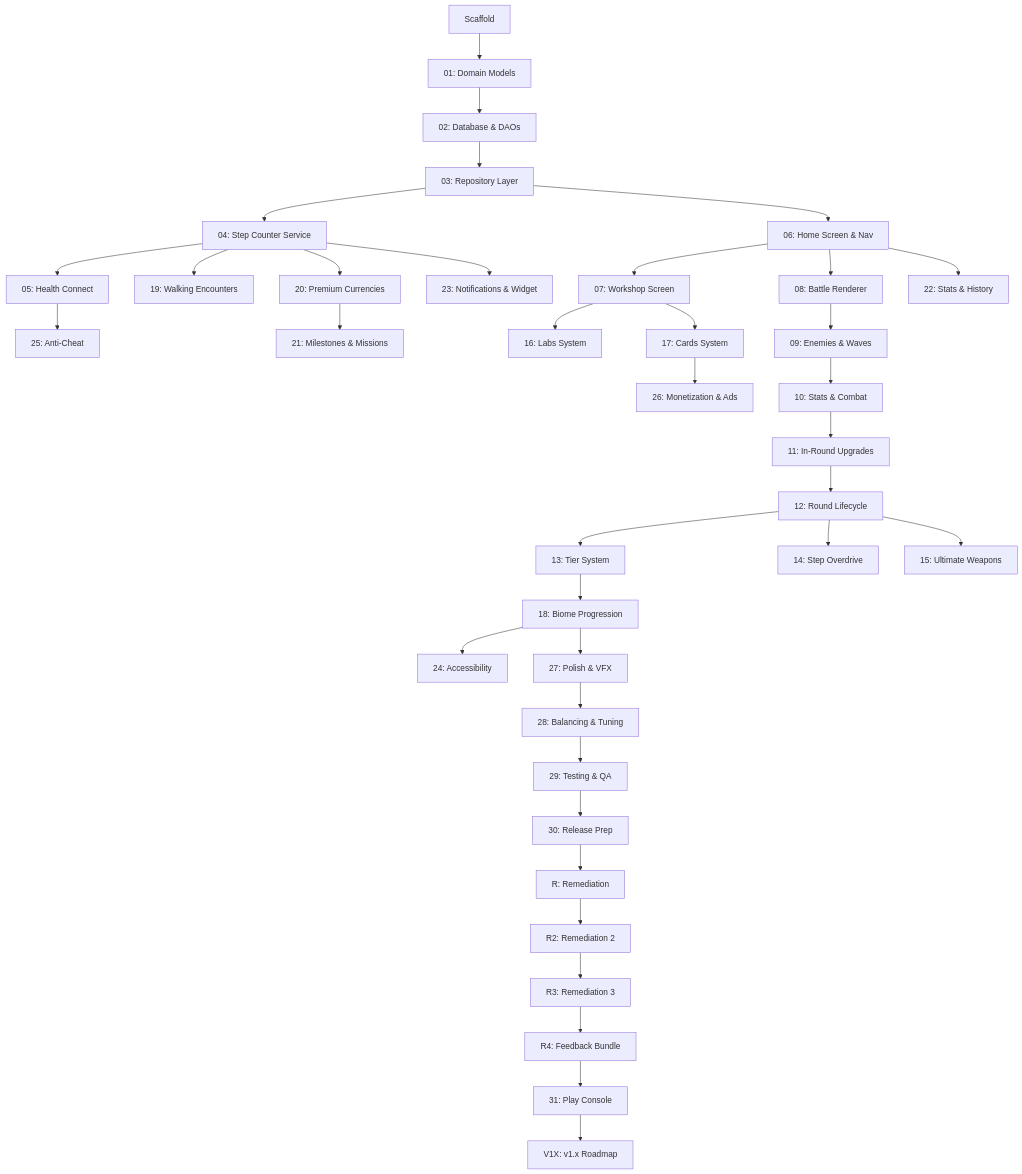
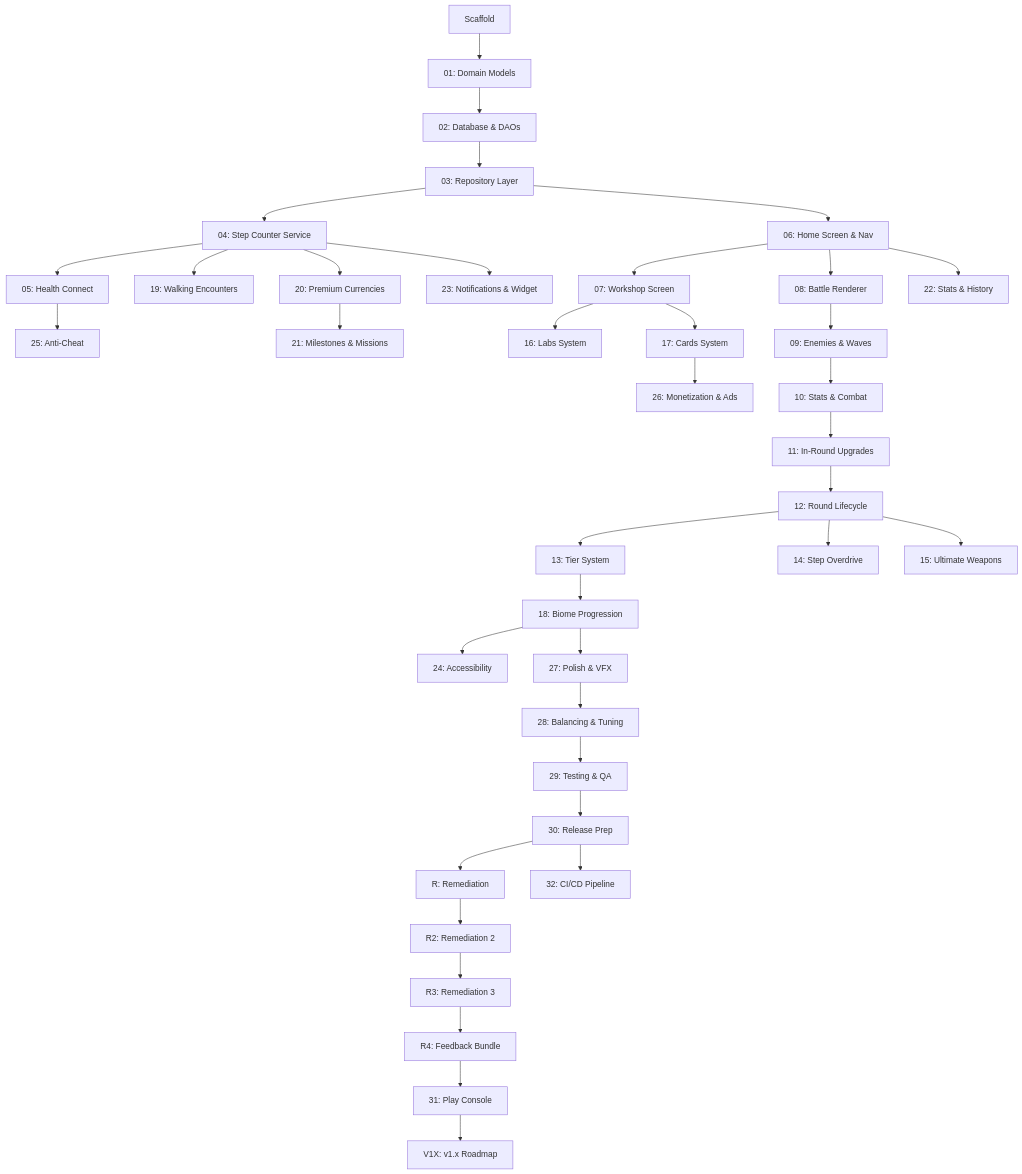
The diagram in docs/plans/master-plan.md (JonWhiteFang/steps-of-babylon), drawn with Mermaid before and after one commit. The commit also changed other lines of this file and 5 other files, not shown here.

````diff
--- a/docs/plans/master-plan.md
+++ b/docs/plans/master-plan.md
@@ -55,39 +56,40 @@
 ```mermaid
 graph TD
     S[Scaffold] --> P01[01: Domain Models]
     P01 --> P02[02: Database & DAOs]
     P02 --> P03[03: Repository Layer]
     P03 --> P04[04: Step Counter Service]
     P03 --> P06[06: Home Screen & Nav]
     P04 --> P05[05: Health Connect]
     P04 --> P19[19: Walking Encounters]
     P04 --> P20[20: Premium Currencies]
     P04 --> P23[23: Notifications & Widget]
     P05 --> P25[25: Anti-Cheat]
     P06 --> P07[07: Workshop Screen]
     P06 --> P08[08: Battle Renderer]
     P06 --> P22[22: Stats & History]
     P07 --> P16[16: Labs System]
     P07 --> P17[17: Cards System]
     P08 --> P09[09: Enemies & Waves]
     P09 --> P10[10: Stats & Combat]
     P10 --> P11[11: In-Round Upgrades]
     P11 --> P12[12: Round Lifecycle]
     P12 --> P13[13: Tier System]
     P12 --> P14[14: Step Overdrive]
     P12 --> P15[15: Ultimate Weapons]
     P13 --> P18[18: Biome Progression]
     P17 --> P26[26: Monetization & Ads]
     P18 --> P24[24: Accessibility]
     P18 --> P27[27: Polish & VFX]
     P20 --> P21[21: Milestones & Missions]
     P27 --> P28[28: Balancing & Tuning]
     P28 --> P29[29: Testing & QA]
     P29 --> P30[30: Release Prep]
     P30 --> PR[R: Remediation]
     PR --> PR2[R2: Remediation 2]
     PR2 --> PR3[R3: Remediation 3]
     PR3 --> PR4[R4: Feedback Bundle]
     PR4 --> P31[31: Play Console]
     P31 --> PV1X[V1X: v1.x Roadmap]
+    P30 --> P32[32: CI/CD Pipeline]
 ```
````
